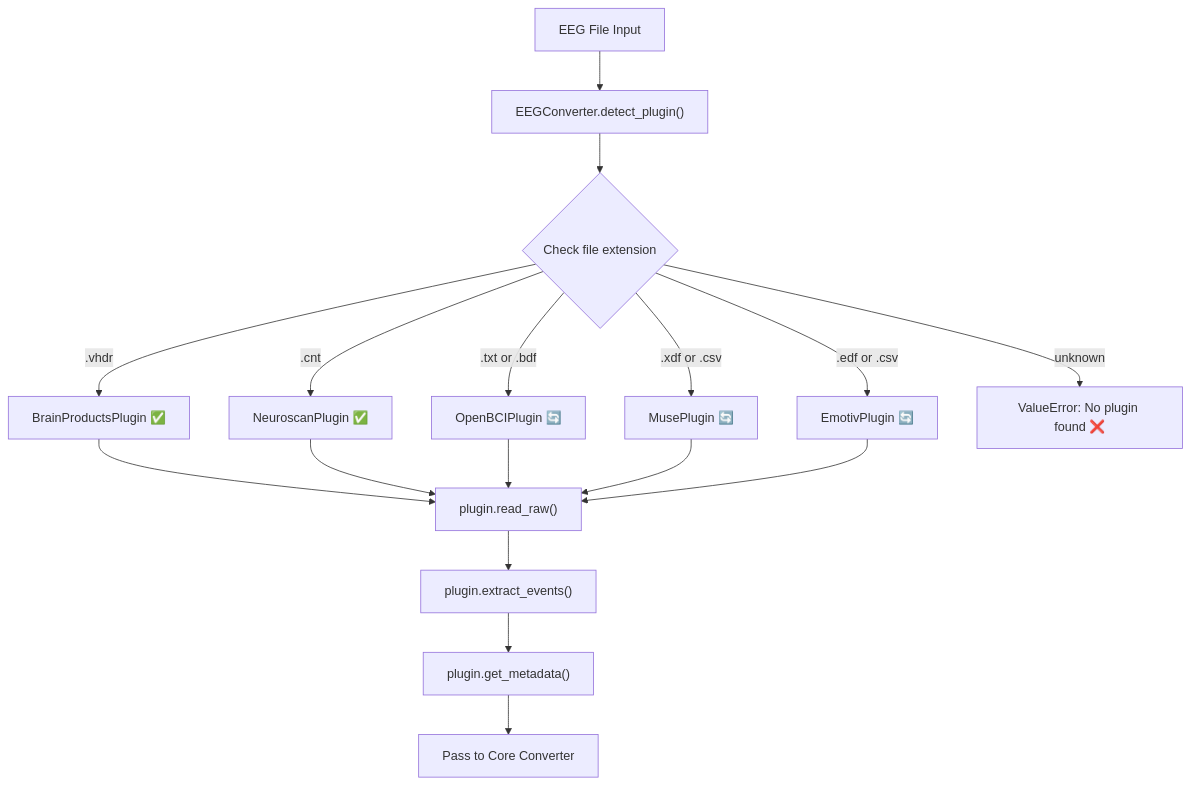
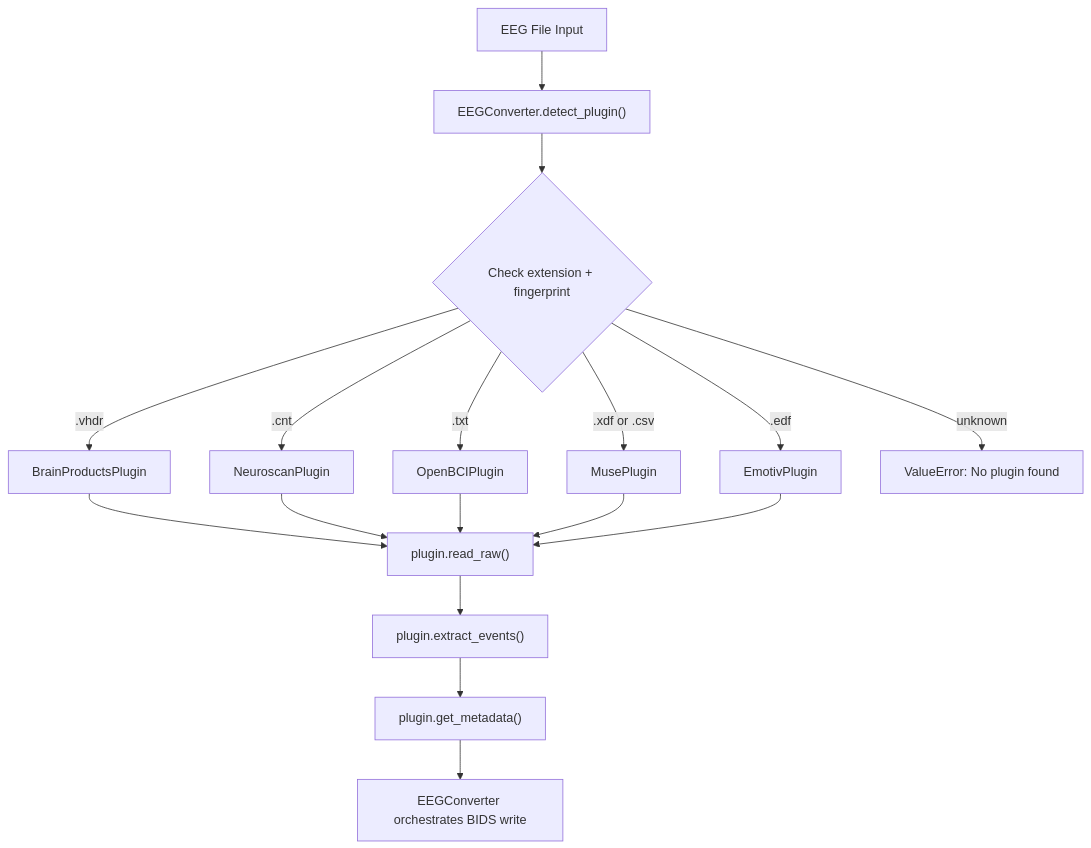
One commit to Satpal26/neurobids-flow changed the second of 3 diagrams in README.md. Above: the diagram before and after it, drawn with Mermaid. The commit also changed other lines of this file, not shown here.

Commit message:
Update README: add quickstart, sample data, EventHarmonizer table, rename to NeuroBIDS-Flow

````diff
--- a/README.md
+++ b/README.md
@@ -59,17 +126,15 @@
 ```mermaid
 flowchart TD
     A["EEG File Input"] --> B["EEGConverter.detect_plugin()"]
-    B --> C{Check file extension}
-
-    C -->|".vhdr"| D["BrainProductsPlugin ✅"]
-    C -->|".cnt"| E["NeuroscanPlugin ✅"]
-    C -->|".txt or .bdf"| F["OpenBCIPlugin 🔄"]
-    C -->|".xdf or .csv"| G["MusePlugin 🔄"]
-    C -->|".edf or .csv"| H["EmotivPlugin 🔄"]
-    C -->|"unknown"| I["ValueError: No plugin found ❌"]
-
+    B --> C{Check extension + fingerprint}
+    C -->|".vhdr"| D["BrainProductsPlugin"]
+    C -->|".cnt"| E["NeuroscanPlugin"]
+    C -->|".txt"| F["OpenBCIPlugin"]
+    C -->|".xdf or .csv"| G["MusePlugin"]
+    C -->|".edf"| H["EmotivPlugin"]
+    C -->|"unknown"| I["ValueError: No plugin found"]
     D & E & F & G & H --> J["plugin.read_raw()"]
     J --> K["plugin.extract_events()"]
     K --> L["plugin.get_metadata()"]
-    L --> M["Pass to Core Converter"]
+    L --> M["EEGConverter orchestrates BIDS write"]
 ```
````
